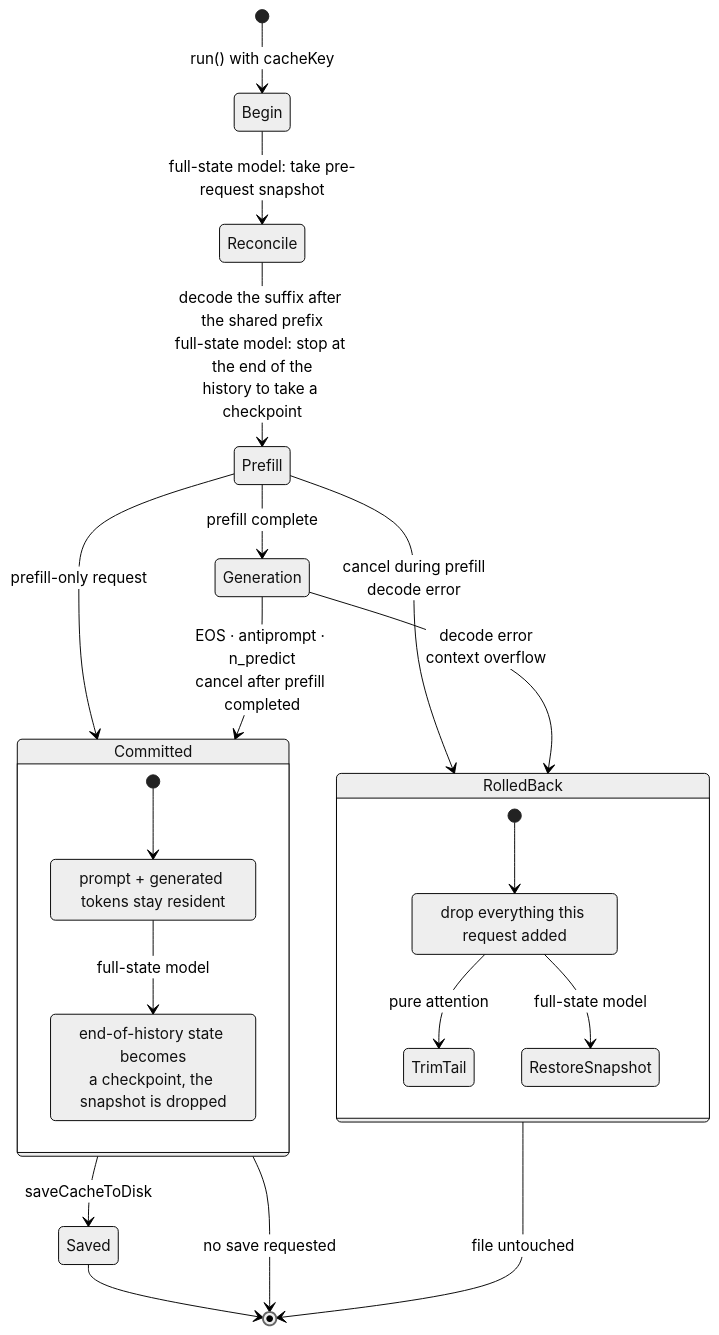
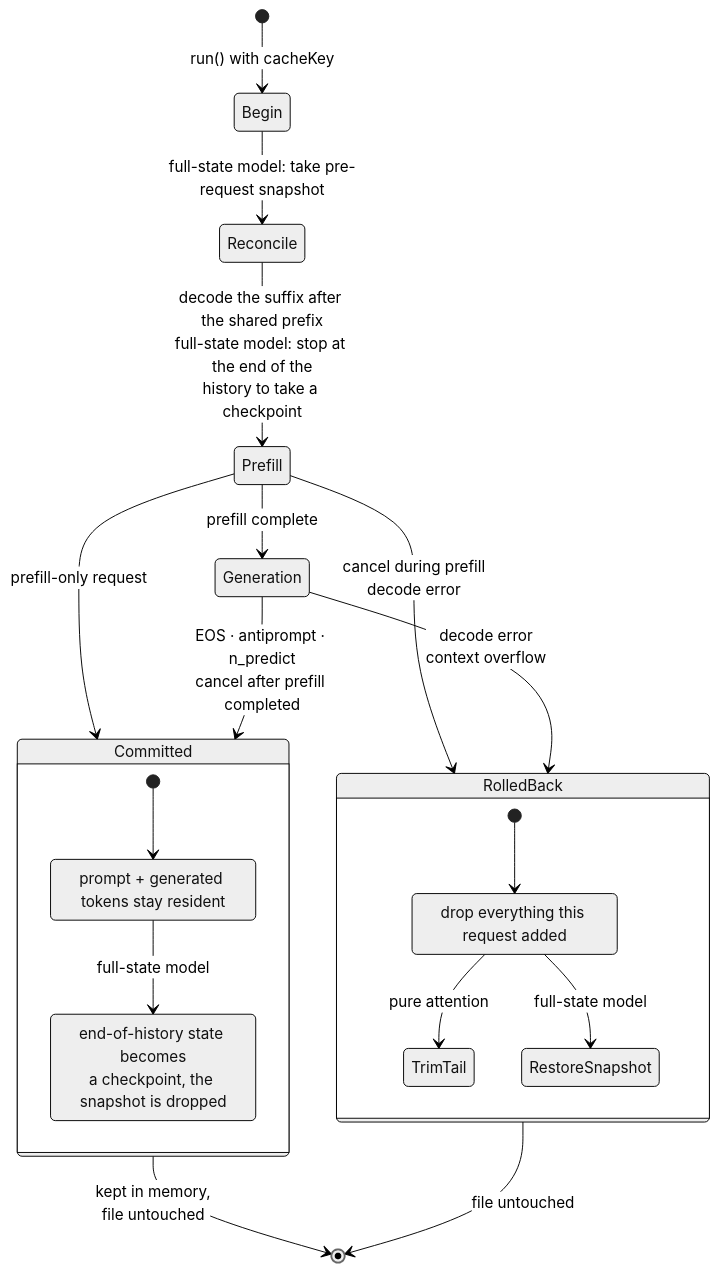
Before and after one commit to tetherto/qvac: the second of 6 diagrams in packages/llm-llamacpp/docs/cache-lifecycle.md, drawn with Mermaid (neutral theme). The commit also changed other lines of this file and 6 other files, not shown here.

Commit message:
docs(llm-llamacpp): document saveCache(), ephemeral and the unload flush

````diff
--- a/packages/llm-llamacpp/docs/cache-lifecycle.md
+++ b/packages/llm-llamacpp/docs/cache-lifecycle.md
@@ -81,28 +82,26 @@
 ```mermaid
 stateDiagram-v2
     [*] --> Begin: run() with cacheKey
     Begin --> Reconcile: full-state model: take pre-request snapshot
     Reconcile --> Prefill: decode the suffix after the shared prefix<br/>full-state model: stop at the end of the<br/>history to take a checkpoint
     Prefill --> Committed: prefill-only request
     Prefill --> Generation: prefill complete
     Prefill --> RolledBack: cancel during prefill<br/>decode error
     Generation --> Committed: EOS · antiprompt · n_predict<br/>cancel after prefill completed
     Generation --> RolledBack: decode error<br/>context overflow
-    Committed --> Saved: saveCacheToDisk
-    Committed --> [*]: no save requested
-    Saved --> [*]
+    Committed --> [*]: kept in memory,<br/>file untouched
     RolledBack --> [*]: file untouched
 
     state Committed {
         [*] --> KeepTokens
         KeepTokens: prompt + generated tokens stay resident
         KeepTokens --> PushCheckpoint: full-state model
         PushCheckpoint: end-of-history state becomes<br/>a checkpoint, the snapshot is dropped
     }
     state RolledBack {
         [*] --> Drop
         Drop: drop everything this request added
         Drop --> TrimTail: pure attention
         Drop --> RestoreSnapshot: full-state model
     }
 ```
````
